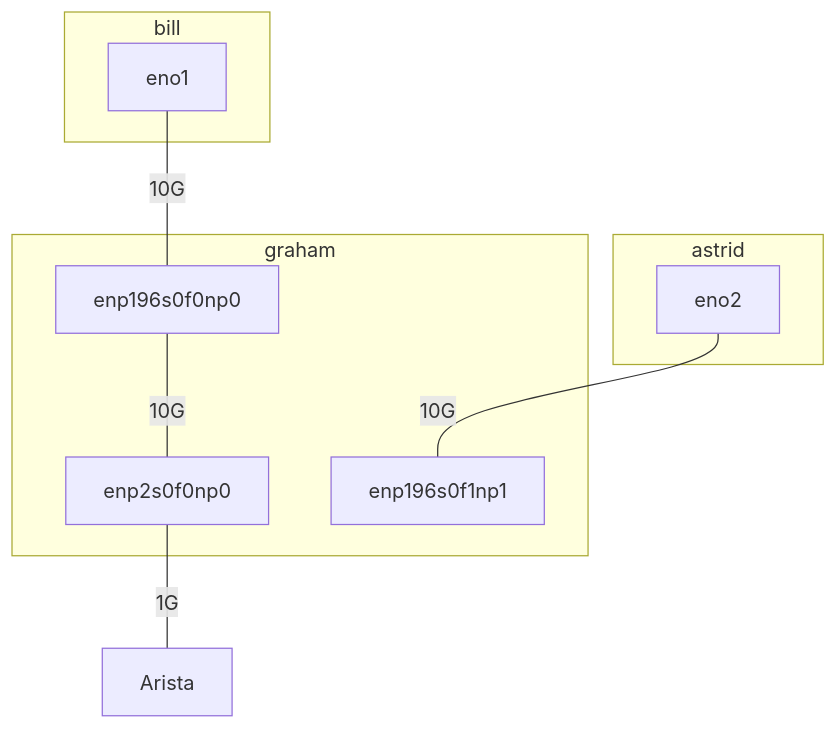
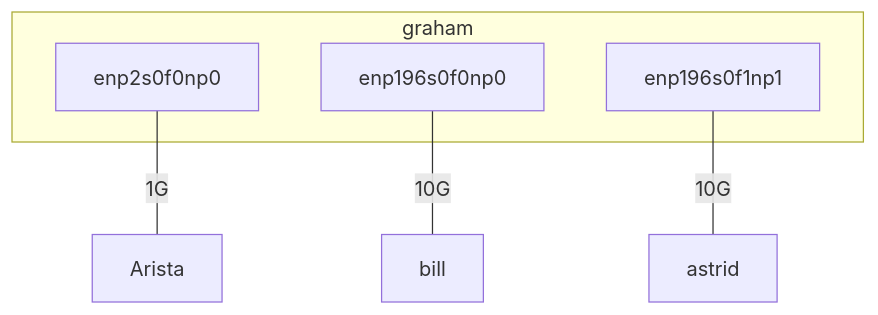
One commit to ackxolotl/doctor-cluster-config changed the fourth of 4 diagrams in some-mermaid-graph.md. Above: the diagram before and after it, drawn with Mermaid.

````diff
--- a/some-mermaid-graph.md
+++ b/some-mermaid-graph.md
@@ -45,15 +45,13 @@
 ```mermaid
   graph TD
     enp2s0f0np0-- 1G ---Arista
+    enp196s0f0np0-- 10G ---bill
+    enp196s0f1np1-- 10G ---astrid
     subgraph graham
     enp2s0f0np0
     enp196s0f1np1
-    enp196s0f0np0-- 10G ---enp2s0f0np0
+    enp196s0f0np0
     end
-    subgraph bill
-    eno1-- 10G ---enp196s0f0np0
-    end
-    subgraph astrid
-    eno2-- 10G ---enp196s0f1np1
-    end
+    click astrid "https://github.com/ackxolotl/doctor-cluster-config/blob/mermaid/docs/tum/astrid.md" "astrid"
+    click bill "https://github.com/ackxolotl/doctor-cluster-config/blob/mermaid/docs/tum/bill.md" "bill"
 ```
````
